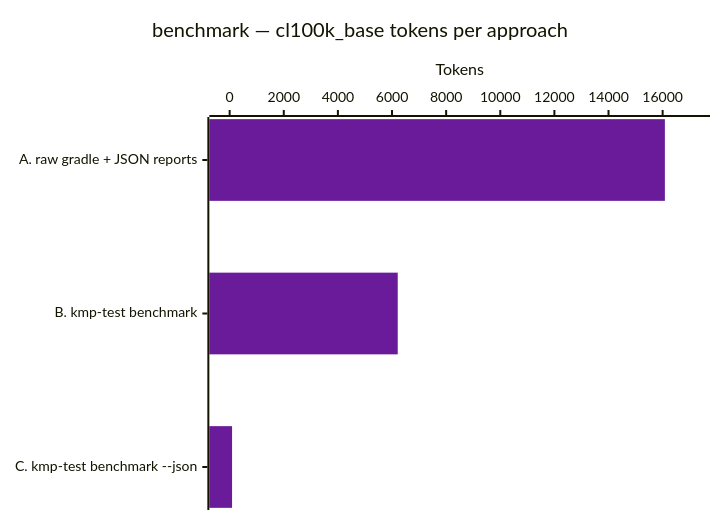
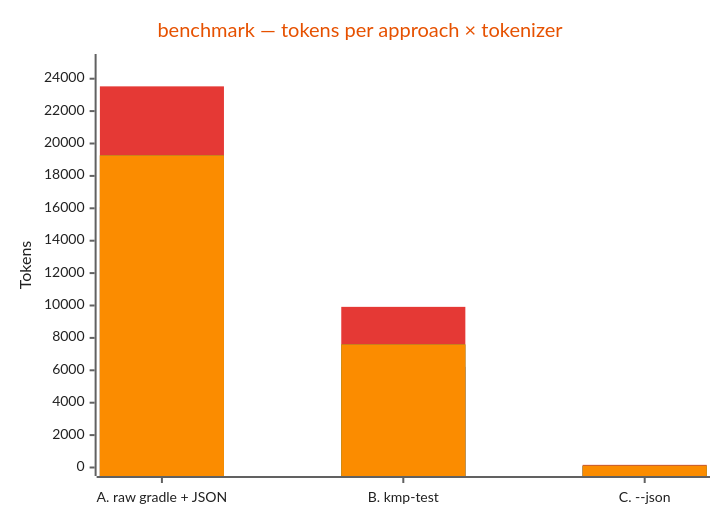
The fifth of 5 diagrams in README.md (oscardlfr/kmp-test-runner), drawn with Mermaid before and after one commit. The commit also changed other lines of this file and 1 other file, not shown here.

First line of the commit message:
docs(tools): modernize Mermaid charts (multi-series + vivid palette) + anonymize project names

````diff
--- a/README.md
+++ b/README.md
@@ -76,8 +95,11 @@
 ```mermaid
-%%{init: {'theme':'base','themeVariables':{'xyChart':{'plotColorPalette':'#6a1b9a'},'fontFamily':'monospace','fontSize':'14px'}}}%%
-xychart-beta horizontal
-    title "benchmark — cl100k_base tokens per approach"
-    x-axis ["A. raw gradle + JSON reports", "B. kmp-test benchmark", "C. kmp-test benchmark --json"]
-    y-axis "Tokens" 0 --> 17000
+%%{init: {'theme':'base','themeVariables':{'xyChart':{'backgroundColor':'transparent','plotColorPalette':'#3949ab, #e53935, #43a047, #fb8c00','titleColor':'#e65100','xAxisLabelColor':'#212121','yAxisLabelColor':'#212121','xAxisTitleColor':'#212121','yAxisTitleColor':'#212121','xAxisLineColor':'#616161','yAxisLineColor':'#616161','xAxisTickColor':'#616161','yAxisTickColor':'#616161','titleFontSize':'17'},'fontFamily':'system-ui, -apple-system, Segoe UI, sans-serif','fontSize':'13px'}}}%%
+xychart-beta
+    title "benchmark — tokens per approach × tokenizer"
+    x-axis ["A. raw gradle + JSON", "B. kmp-test", "C. --json"]
+    y-axis "Tokens" 0 --> 25000
     bar [16083, 6211, 89]
+    bar [23527, 9916, 163]
+    bar [19266, 7596, 109]
+    bar [19266, 7596, 109]
 ```
````
